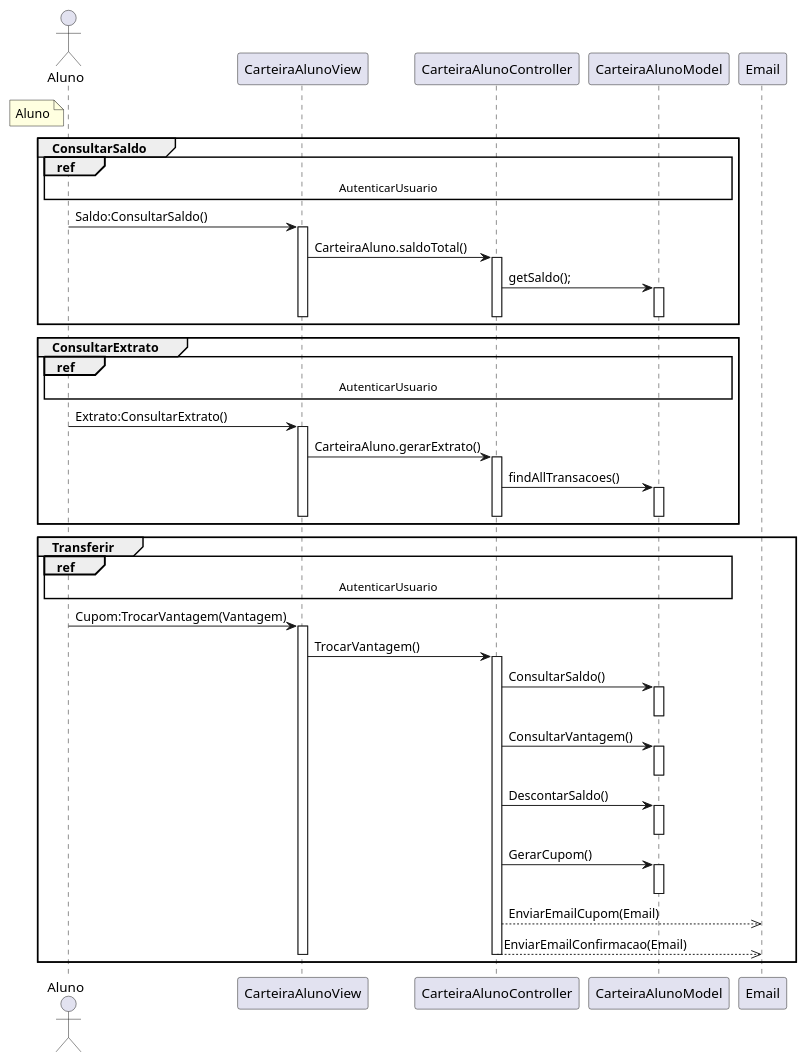
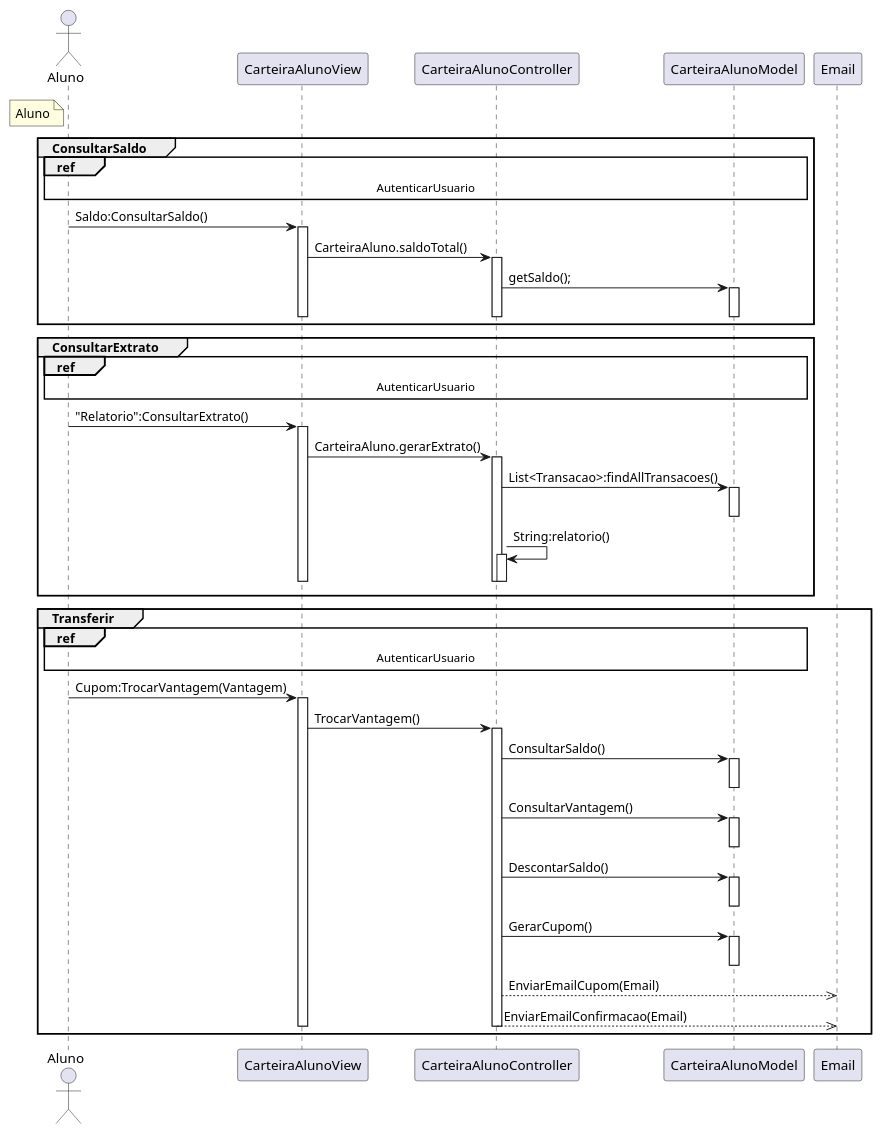
The diagram in laboratorio-4/sprint-2/projeto/plantuml/sequencia/Aluno.plantuml (G4BR-13-L/lab-desenvolvimento-de-software), drawn with PlantUML before and after one commit. The commit also changed 1 other file, not shown here.

Commit message:
Geração de relatorios em stringo do extrato de aluno e professor nos diagramas de sequencia

```diff
--- a/laboratorio-4/sprint-2/projeto/plantuml/sequencia/Aluno.plantuml
+++ b/laboratorio-4/sprint-2/projeto/plantuml/sequencia/Aluno.plantuml
@@ -1,72 +1,75 @@
 @startuml Aluno
 
 
 actor "Aluno" as Aluno
 note left of Aluno #LightYellow
     Aluno
 end note
 
 participant "CarteiraAlunoView" as CarteiraAlunoView
 participant "CarteiraAlunoController" as CarteiraAlunoController
 participant "CarteiraAlunoModel" as CarteiraAlunoModel
 
 group ConsultarSaldo
     ref over Aluno,CarteiraAlunoView, CarteiraAlunoController, CarteiraAlunoModel : AutenticarUsuario
     Aluno -> CarteiraAlunoView : Saldo:ConsultarSaldo()
     activate CarteiraAlunoView
     CarteiraAlunoView -> CarteiraAlunoController : CarteiraAluno.saldoTotal()
     activate CarteiraAlunoController
     CarteiraAlunoController -> CarteiraAlunoModel : getSaldo();
     activate CarteiraAlunoModel
     deactivate CarteiraAlunoModel
     deactivate CarteiraAlunoController
     deactivate CarteiraAlunoView
 end
 
 group ConsultarExtrato
     ref over Aluno,CarteiraAlunoView, CarteiraAlunoController, CarteiraAlunoModel : AutenticarUsuario
-    Aluno -> CarteiraAlunoView : Extrato:ConsultarExtrato()
+    Aluno -> CarteiraAlunoView : "Relatorio":ConsultarExtrato()
     activate CarteiraAlunoView
     CarteiraAlunoView -> CarteiraAlunoController : CarteiraAluno.gerarExtrato()
     activate CarteiraAlunoController
-    CarteiraAlunoController -> CarteiraAlunoModel : findAllTransacoes()
+    CarteiraAlunoController -> CarteiraAlunoModel : List<Transacao>:findAllTransacoes()
     activate CarteiraAlunoModel
     deactivate CarteiraAlunoModel
+    CarteiraAlunoController -> CarteiraAlunoController : String:relatorio()
+    activate CarteiraAlunoController
+    deactivate CarteiraAlunoController
     deactivate CarteiraAlunoController
     deactivate CarteiraAlunoView
 end
 
 group Transferir
     ref over Aluno,CarteiraAlunoView, CarteiraAlunoController, CarteiraAlunoModel : AutenticarUsuario
     Aluno -> CarteiraAlunoView :  Cupom:TrocarVantagem(Vantagem)
     activate CarteiraAlunoView
     CarteiraAlunoView -> CarteiraAlunoController : TrocarVantagem()
     activate CarteiraAlunoController
     CarteiraAlunoController -> CarteiraAlunoModel : ConsultarSaldo()
     activate CarteiraAlunoModel
     deactivate CarteiraAlunoModel
     CarteiraAlunoController -> CarteiraAlunoModel : ConsultarVantagem()
     activate CarteiraAlunoModel
     deactivate  CarteiraAlunoModel
     CarteiraAlunoController -> CarteiraAlunoModel : DescontarSaldo()
     activate CarteiraAlunoModel
     deactivate CarteiraAlunoModel
     CarteiraAlunoController -> CarteiraAlunoModel : GerarCupom()
     activate CarteiraAlunoModel
     deactivate CarteiraAlunoModel
     CarteiraAlunoController -->> Email : EnviarEmailCupom(Email)
     CarteiraAlunoController -->> Email : EnviarEmailConfirmacao(Email)
     deactivate CarteiraAlunoController
     deactivate CarteiraAlunoView
 end
 
 
 
 
 
 ' --> Sincrono
 ' -->> Assincrono
 ' <-- Retorno Sincrono
 ' <<-- Retorno Assíncrono
 
 @enduml
```
